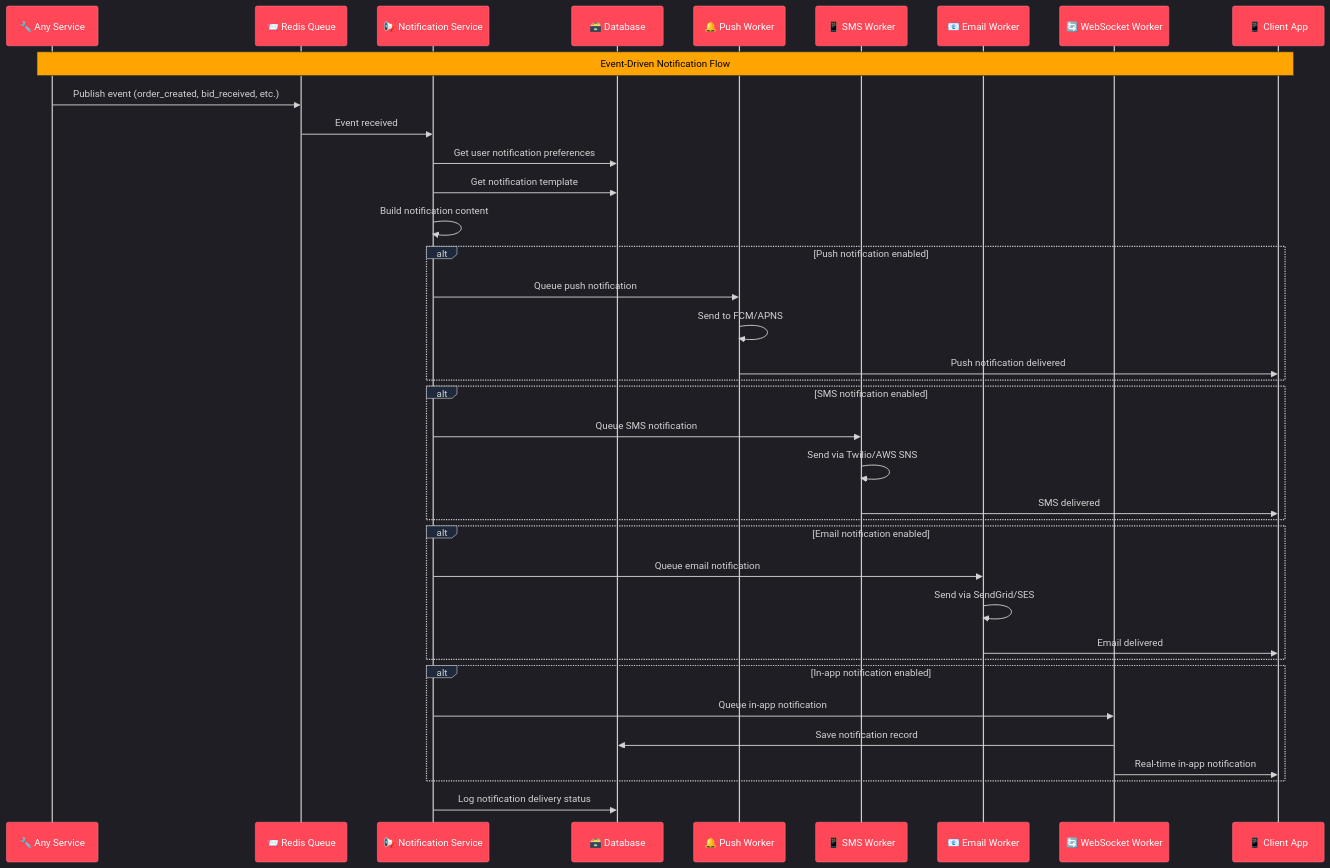
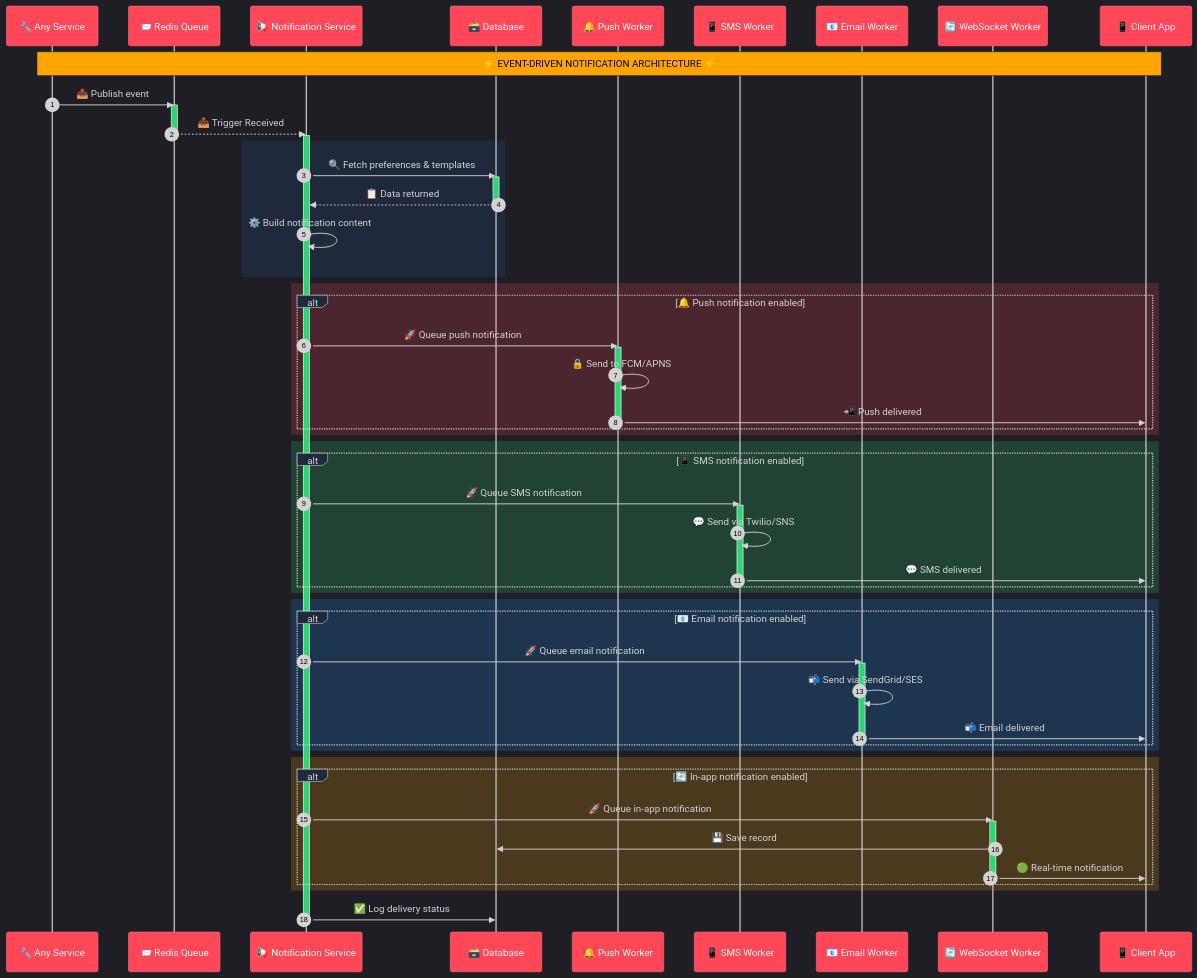
Before and after one commit to abdoElHodaky/larvrevrstender: the second of 2 diagrams in diagrams/notification-architecture.md, drawn with Mermaid.

Commit message:
Refactor notification architecture diagram for clarity

````diff
--- a/diagrams/notification-architecture.md
+++ b/diagrams/notification-architecture.md
@@ -119,48 +119,73 @@
 }}%%
 
 sequenceDiagram
+    autonumber
     participant Service as 🔧 Any Service
     participant Queue as 📨 Redis Queue
-    participant NotificationService as 📢 Notification Service
+    participant NS as 📢 Notification Service
     participant DB as 🗃️ Database
-    participant PushWorker as 🔔 Push Worker
-    participant SMSWorker as 📱 SMS Worker
-    participant EmailWorker as 📧 Email Worker
-    participant WebSocketWorker as 🔄 WebSocket Worker
+    participant Push as 🔔 Push Worker
+    participant SMS as 📱 SMS Worker
+    participant Email as 📧 Email Worker
+    participant WS as 🔄 WebSocket Worker
     participant Client as 📱 Client App
     
-    Note over Service,Client: Event-Driven Notification Flow
+    Note over Service,Client: ⚡ EVENT-DRIVEN NOTIFICATION ARCHITECTURE ⚡
     
-    Service->>Queue: Publish event (order_created, bid_received, etc.)
-    Queue->>NotificationService: Event received
+    Service->>Queue: 📤 Publish event
+    activate Queue
+    Queue-->>NS: 📥 Trigger Received
+    deactivate Queue
     
-    NotificationService->>DB: Get user notification preferences
-    NotificationService->>DB: Get notification template
-    NotificationService->>NotificationService: Build notification content
-    
-    alt Push notification enabled
-        NotificationService->>PushWorker: Queue push notification
-        PushWorker->>PushWorker: Send to FCM/APNS
-        PushWorker->>Client: Push notification delivered
+    activate NS
+    rect rgb(30, 41, 59)
+    NS->>DB: 🔍 Fetch preferences & templates
+    activate DB
+    DB-->>NS: 📋 Data returned
+    deactivate DB
+    NS->>NS: ⚙️ Build notification content
     end
     
-    alt SMS notification enabled
-        NotificationService->>SMSWorker: Queue SMS notification
-        SMSWorker->>SMSWorker: Send via Twilio/AWS SNS
-        SMSWorker->>Client: SMS delivered
+    rect rgba(255, 71, 87, 0.2)
+    alt 🔔 Push notification enabled
+        NS->>Push: 🚀 Queue push notification
+        activate Push
+        Push->>Push: 🔒 Send to FCM/APNS
+        Push->>Client: 📲 Push delivered
+        deactivate Push
+    end
     end
     
-    alt Email notification enabled
-        NotificationService->>EmailWorker: Queue email notification
-        EmailWorker->>EmailWorker: Send via SendGrid/SES
-        EmailWorker->>Client: Email delivered
+    rect rgba(46, 213, 115, 0.2)
+    alt 📱 SMS notification enabled
+        NS->>SMS: 🚀 Queue SMS notification
+        activate SMS
+        SMS->>SMS: 💬 Send via Twilio/SNS
+        SMS->>Client: 💬 SMS delivered
+        deactivate SMS
+    end
     end
     
-    alt In-app notification enabled
-        NotificationService->>WebSocketWorker: Queue in-app notification
-        WebSocketWorker->>DB: Save notification record
-        WebSocketWorker->>Client: Real-time in-app notification
+    rect rgba(30, 144, 255, 0.2)
+    alt 📧 Email notification enabled
+        NS->>Email: 🚀 Queue email notification
+        activate Email
+        Email->>Email: 📬 Send via SendGrid/SES
+        Email->>Client: 📬 Email delivered
+        deactivate Email
+    end
     end
     
-    NotificationService->>DB: Log notification delivery status
+    rect rgba(255, 165, 2, 0.2)
+    alt 🔄 In-app notification enabled
+        NS->>WS: 🚀 Queue in-app notification
+        activate WS
+        WS->>DB: 💾 Save record
+        WS->>Client: 🟢 Real-time notification
+        deactivate WS
+    end
+    end
+    
+    NS->>DB: ✅ Log delivery status
+    deactivate NS
 ```
````
